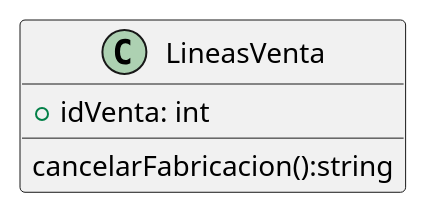
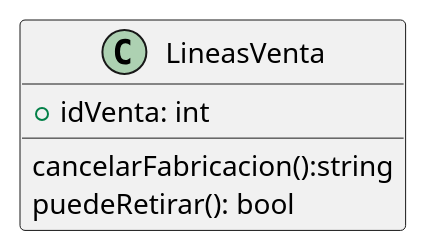
One commit to ZMGestion/DocumentacionZMGestion changed the diagram in DiagramaClases/Clases/LineasVenta.puml. Above: the diagram before and after it, drawn with PlantUML. The commit also changed 2 other files, not shown here.

```diff
--- a/DiagramaClases/Clases/LineasVenta.puml
+++ b/DiagramaClases/Clases/LineasVenta.puml
@@ -1,8 +1,10 @@
 @startuml LineasVenta
 class LineasVenta{
     +idVenta: int
 
     cancelarFabricacion():string
+    puedeRetirar(): bool
+    
     
 }
 @enduml
```
